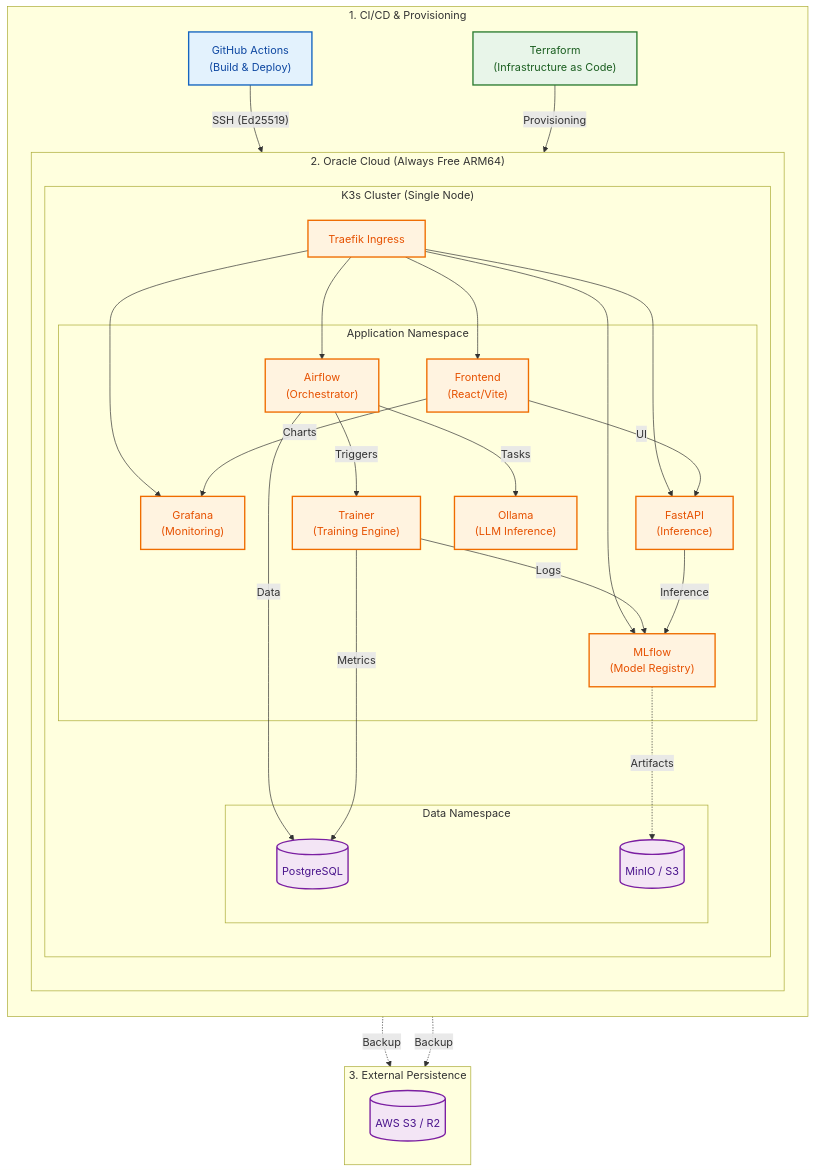
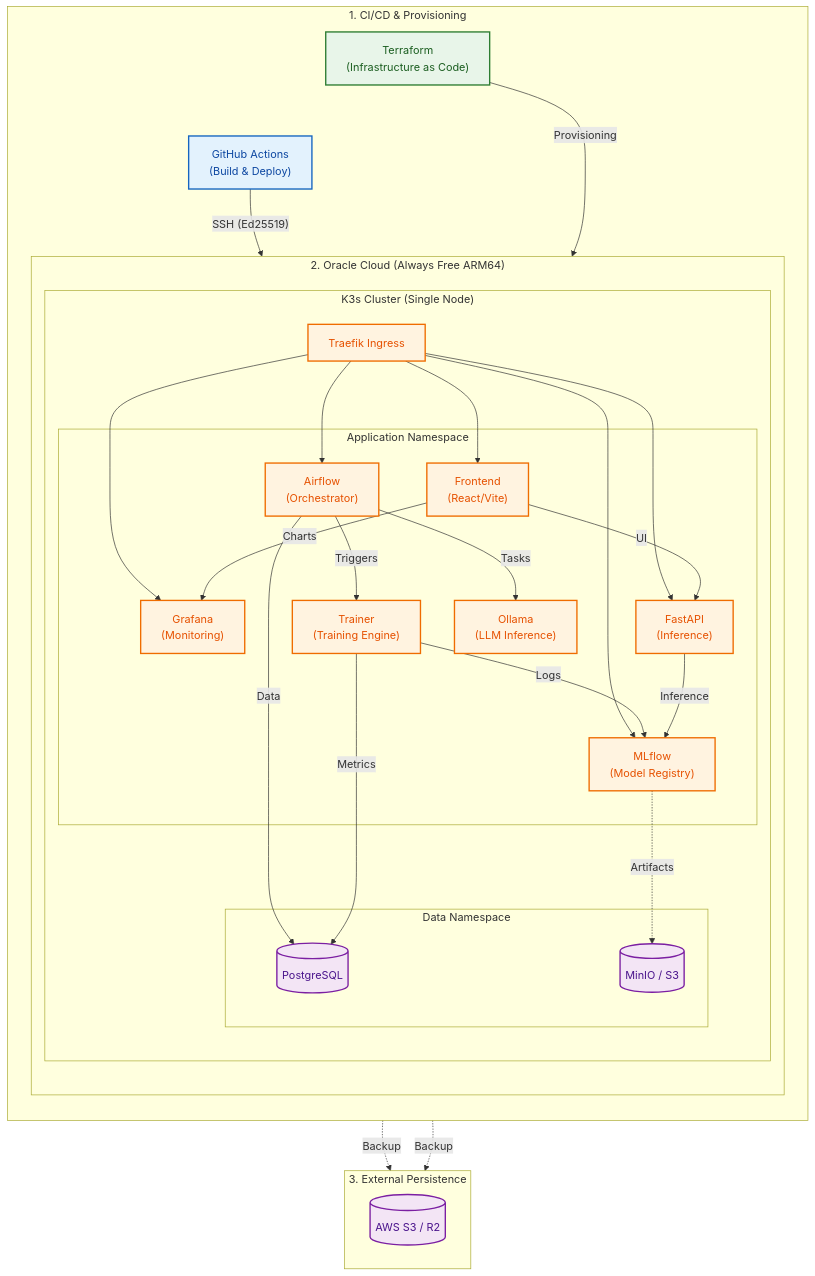
Before and after one commit to ChuLiYu/alphapulse-mlops-platform: the diagram in README.md, drawn with Mermaid.

Commit message:
docs: adjust mermaid diagram layout for better visibility

````diff
--- a/README.md
+++ b/README.md
@@ -12,72 +12,75 @@
 ```mermaid
 %%{init: {'flowchart': {'curve': 'basis'}}}%%
 flowchart TD
     %% --- Styles ---
     classDef ci fill:#E3F2FD,stroke:#1565C0,stroke-width:2px,color:#0D47A1;
     classDef infra fill:#E8F5E9,stroke:#2E7D32,stroke-width:2px,color:#1B5E20;
     classDef k8s fill:#FFF3E0,stroke:#EF6C00,stroke-width:2px,color:#E65100;
     classDef storage fill:#F3E5F5,stroke:#7B1FA2,stroke-width:2px,color:#4A148C;
 
     %% --- 1. CI/CD & Infra Layer ---
     subgraph CICD ["1. CI/CD & Provisioning"]
         direction TB
+        TF["Terraform<br/>(Infrastructure as Code)"]:::infra
         GHA["GitHub Actions<br/>(Build & Deploy)"]:::ci
-        TF["Terraform<br/>(Infrastructure as Code)"]:::infra
+        
+        %% Force Vertical Stack: TF above GHA to clear SSH path
+        TF ~~~ GHA
         
         GHA -- "SSH (Ed25519)" --> PROD
         TF -- "Provisioning" --> PROD
     end
 
     %% --- 2. Production Cluster (Oracle Cloud) ---
     subgraph PROD ["2. Oracle Cloud (Always Free ARM64)"]
         direction TB
         
         subgraph K3S ["K3s Cluster (Single Node)"]
             direction TB
             ING[Traefik Ingress]:::k8s
             
             subgraph Apps ["Application Namespace"]
                 AF["Airflow<br/>(Orchestrator)"]:::k8s
                 ML["MLflow<br/>(Model Registry)"]:::k8s
                 API["FastAPI<br/>(Inference)"]:::k8s
                 WEB["Frontend<br/>(React/Vite)"]:::k8s
                 GF["Grafana<br/>(Monitoring)"]:::k8s
                 TR["Trainer<br/>(Training Engine)"]:::k8s
                 OL["Ollama<br/>(LLM Inference)"]:::k8s
             end
             
             subgraph Data ["Data Namespace"]
                  PG[(PostgreSQL)]:::storage
                  MI[(MinIO / S3)]:::storage
             end
         end
     end
 
     %% --- 3. External Storage ---
     subgraph EXT ["3. External Persistence"]
         direction LR
         S3[("AWS S3 / R2")]:::storage
     end
 
     %% --- Flows ---
     ING --> WEB
     ING --> AF
     ING --> ML
     ING --> GF
     ING --> API
     
     AF -- "Triggers" --> TR
     AF -- "Data" --> PG
     AF -- "Tasks" --> OL
     
     TR -- "Logs" --> ML
     TR -- "Metrics" --> PG
     
     API -- "Inference" --> ML
     WEB -- "UI" --> API
     WEB -- "Charts" --> GF
     
     ML -.->|Artifacts| MI
     MI -.->|Backup| S3
     PG -.->|Backup| S3
 ```
````
